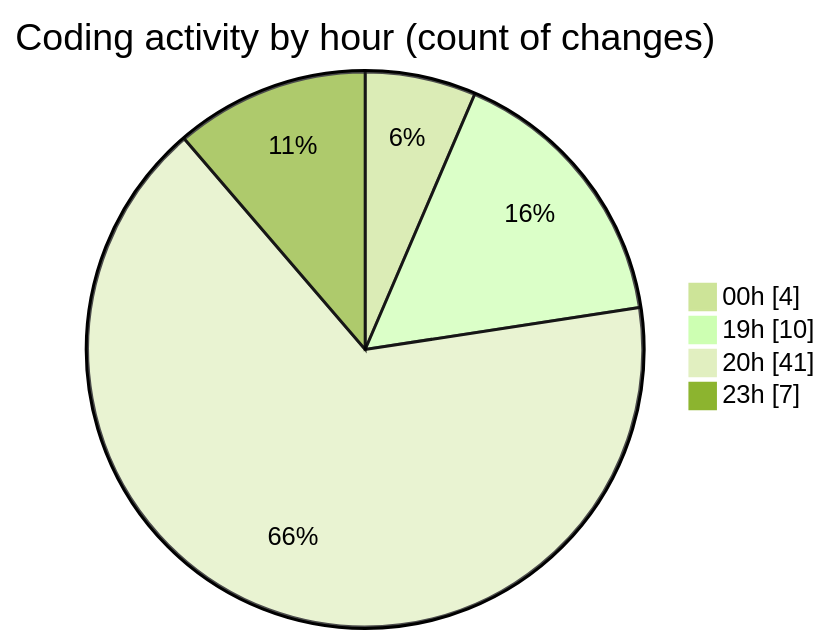
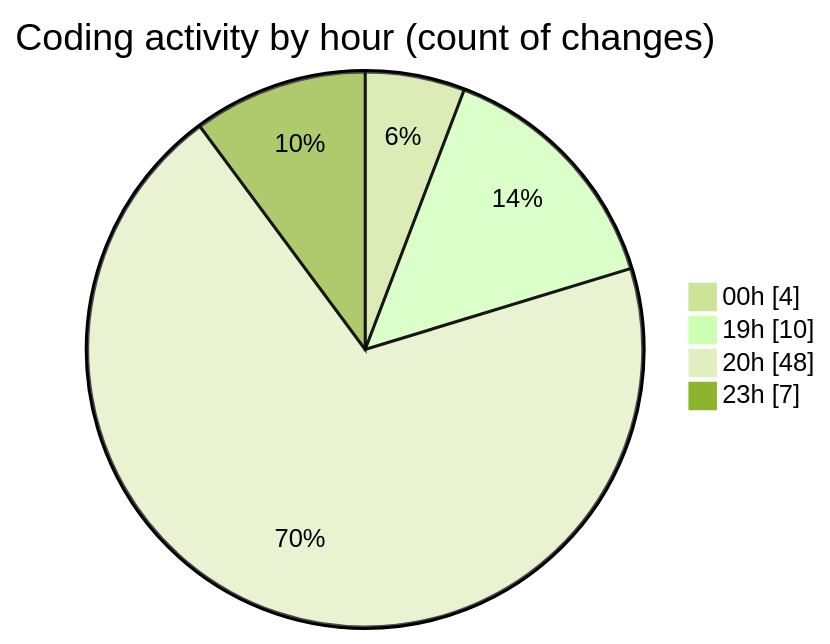
One commit to momahboobian/code-tracking changed the second of 2 diagrams in 2025-02-27/cda/README.md. Above: the diagram before and after it, drawn with Mermaid (forest theme). The commit also changed other lines of this file and 1 other file, not shown here.

````diff
--- a/2025-02-27/cda/README.md
+++ b/2025-02-27/cda/README.md
@@ -38,8 +40,8 @@
 ```mermaid
 pie showData
 title Coding activity by hour (count of changes)
 "00h" : 4
 "19h" : 10
-"20h" : 41
+"20h" : 48
 "23h" : 7
 ```
````
